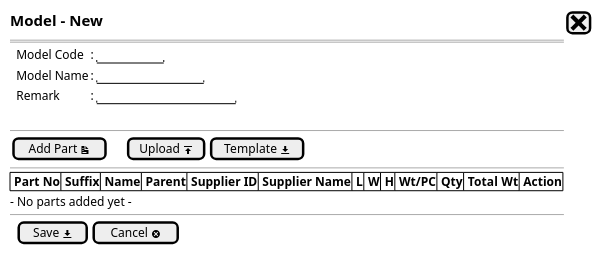
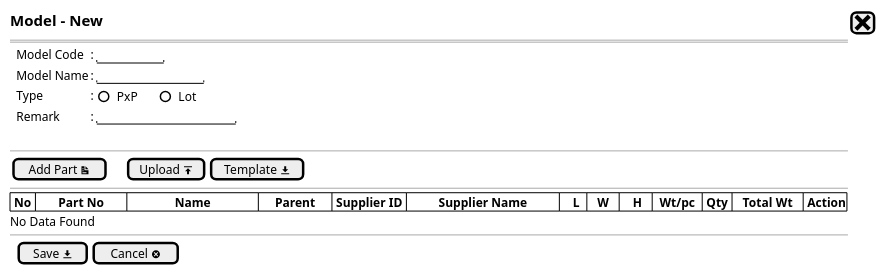
Before and after one commit to ari-fikri/packing-cost-mockup: the diagram in Model/model - newstep1.puml, drawn with PlantUML. The commit also changed 5 other files, not shown here.

Commit message:
- Add Type (Lot/PxP) field - Padding table fields for better and consisten view

```diff
--- a/Model/model - newstep1.puml
+++ b/Model/model - newstep1.puml
@@ -1,27 +1,28 @@
 @startsalt
 {
   <size:15><b>Model - New |[<size:25><&x>]|*
   ==
   
   {   
     .|Model Code |: |"        "|*
     .|Model Name |: |"             "| *
+    .|Type       |: { ()PxP      |   ()Lot  }*
     .|Remark     |: |"                 "|*
   }
   .
 --
   {
     [Add Part <&document>]|.|.|.|[Upload <&data-transfer-upload>]| [Template <&data-transfer-download>]|
   }
   --
   {#
-    |<b> Part No |<b> Suffix |<b> Name |<b> Parent |<b> Supplier ID |<b> Supplier Name |<b> L |<b> W |<b> H |<b> Wt/PC |<b> Qty |<b> Total Wt |<b> Action |*|*|*|*|*|*|*
+    | <b>No |       <b>Part No       |               <b>Name               |     <b>Parent     | <b>Supplier ID |          <b>Supplier Name          |    <b>L  |   <b>W   |    <b>H   |  <b>Wt/pc  | <b>Qty |<b>   Total Wt   |<b> Action |*|*
   }
-  - No parts added yet -
+  No Data Found
   --
   {
   .|[ Save <&data-transfer-download>] |  [Cancel <&circle-x> ]|*
   }
 }
 
   @endsalt
```
